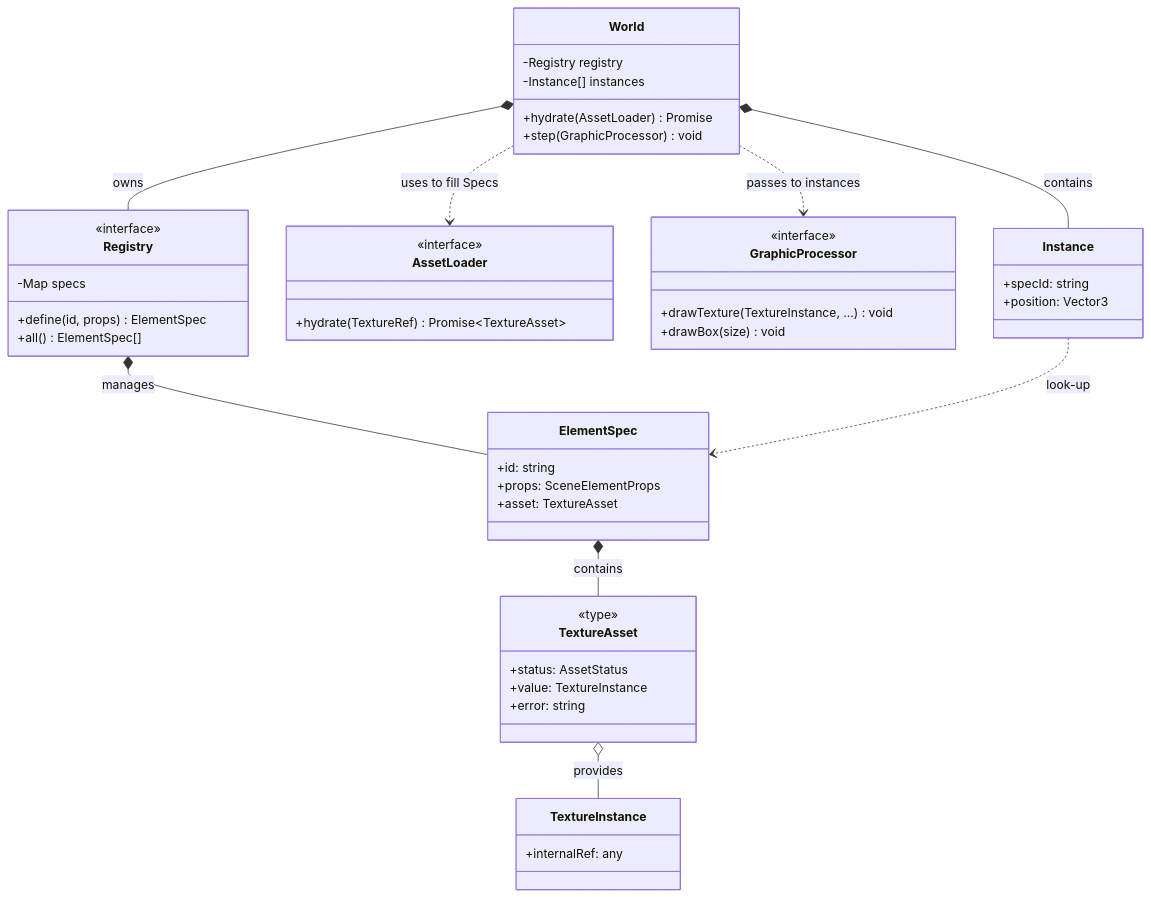
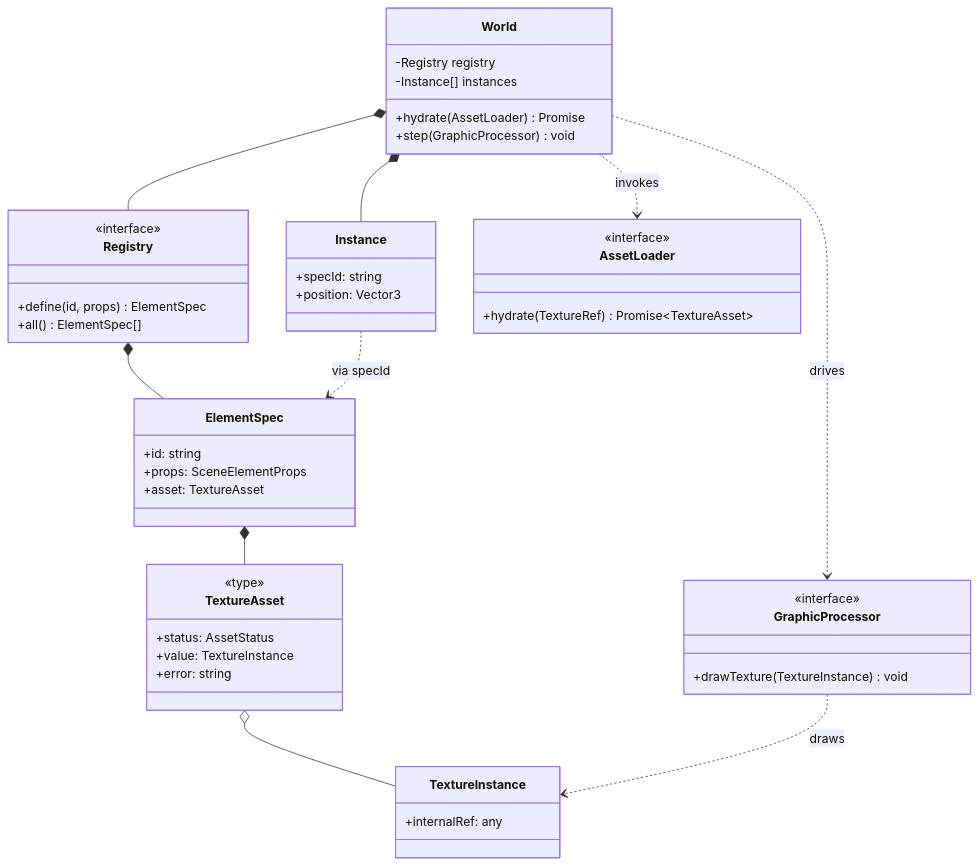
The first of 2 diagrams in README.md (thiagomata/parallax), drawn with Mermaid before and after one commit. The commit also changed other lines of this file, not shown here.

Commit message:
better diagram

````diff
--- a/README.md
+++ b/README.md
@@ -48,60 +9,60 @@
 ```mermaid
 classDiagram
     class World {
         -Registry registry
         -Instance[] instances
         +hydrate(AssetLoader) Promise
         +step(GraphicProcessor) void
     }
 
     class Registry {
         <<interface>>
-        -Map specs
         +define(id, props) ElementSpec
         +all() ElementSpec[]
     }
 
     class ElementSpec {
         +id: string
         +props: SceneElementProps
         +asset: TextureAsset
     }
 
-    class AssetLoader {
-        <<interface>>
-        +hydrate(TextureRef) Promise~TextureAsset~
+    class Instance {
+        +specId: string
+        +position: Vector3
     }
 
     class TextureAsset {
         <<type>>
         +status: AssetStatus
         +value: TextureInstance
         +error: string
     }
 
     class TextureInstance {
         +internalRef: any
     }
 
+    class AssetLoader {
+        <<interface>>
+        +hydrate(TextureRef) Promise~TextureAsset~
+    }
+
     class GraphicProcessor {
         <<interface>>
-        +drawTexture(TextureInstance, ...) void
-        +drawBox(size) void
+        +drawTexture(TextureInstance) void
     }
 
-    %% Relationships & Flow
-    World *-- Registry : owns
-    Registry *-- ElementSpec : manages
-    ElementSpec *-- TextureAsset : contains
-    TextureAsset o-- TextureInstance : provides
-    
-    World ..> AssetLoader : uses to fill Specs
-    World ..> GraphicProcessor : passes to instances
-    
-    class Instance {
-        +specId: string
-        +position: Vector3
-    }
-    World *-- Instance : contains
-    Instance ..> ElementSpec : look-up
+    %% Structural Links
+    World *-- Registry
+    World *-- Instance
+    Registry *-- ElementSpec
+    ElementSpec *-- TextureAsset
+    TextureAsset o-- TextureInstance
+    Instance ..> ElementSpec : via specId
+
+    %% Interaction Links
+    World ..> AssetLoader : invokes
+    World ..> GraphicProcessor : drives
+    GraphicProcessor ..> TextureInstance : draws
 ```
````
